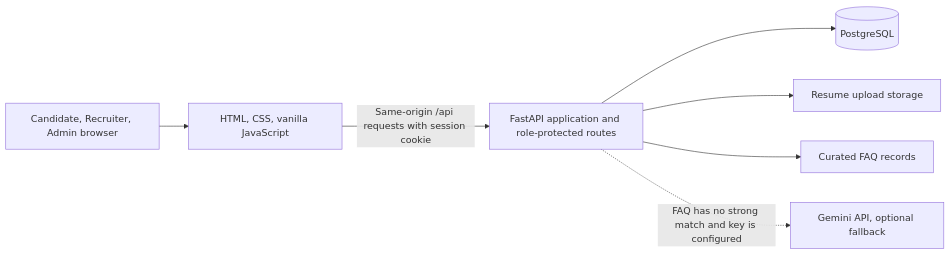
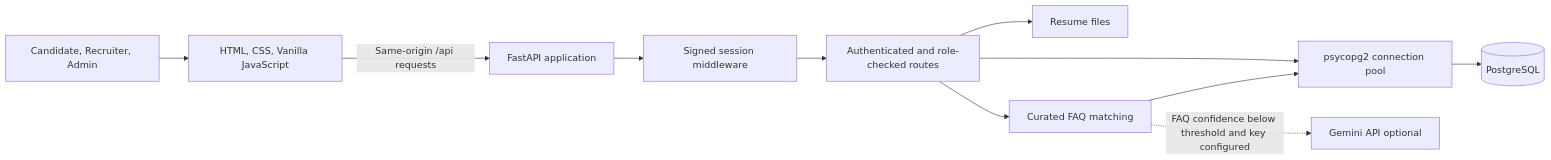
One commit to JaswanthHanumanthu/SkillBridge changed the first of 2 diagrams in README.md. Above: the diagram before and after it, drawn with Mermaid. The commit also changed other lines of this file, not shown here.

````diff
--- a/README.md
+++ b/README.md
@@ -36,17 +80,22 @@
 ```mermaid
 flowchart LR
-    Browser[Candidate, Recruiter, Admin browser]
-    UI[HTML, CSS, vanilla JavaScript]
-    API[FastAPI application and role-protected routes]
-    DB[(PostgreSQL)]
-    Files[Resume upload storage]
-    FAQ[Curated FAQ records]
-    Gemini[Gemini API, optional fallback]
+    Browser[Candidate, Recruiter, Admin]
+    Frontend[HTML, CSS, Vanilla JavaScript]
+    App[FastAPI application]
+    Session[Signed session middleware]
+    Routes[Authenticated and role-checked routes]
+    Pool[psycopg2 connection pool]
+    PostgreSQL[(PostgreSQL)]
+    Uploads[Resume files]
+    FAQMatcher[Curated FAQ matching]
+    Gemini[Gemini API optional]
 
-    Browser --> UI
-    UI -->|Same-origin /api requests with session cookie| API
-    API --> DB
-    API --> Files
-    API --> FAQ
-    API -. FAQ has no strong match and key is configured .-> Gemini
+    Browser --> Frontend
+    Frontend -->|Same-origin /api requests| App
+    App --> Session --> Routes
+    Routes --> Pool --> PostgreSQL
+    Routes --> Uploads
+    Routes --> FAQMatcher
+    FAQMatcher --> Pool
+    FAQMatcher -. FAQ confidence below threshold and key configured .-> Gemini
 ```
````
